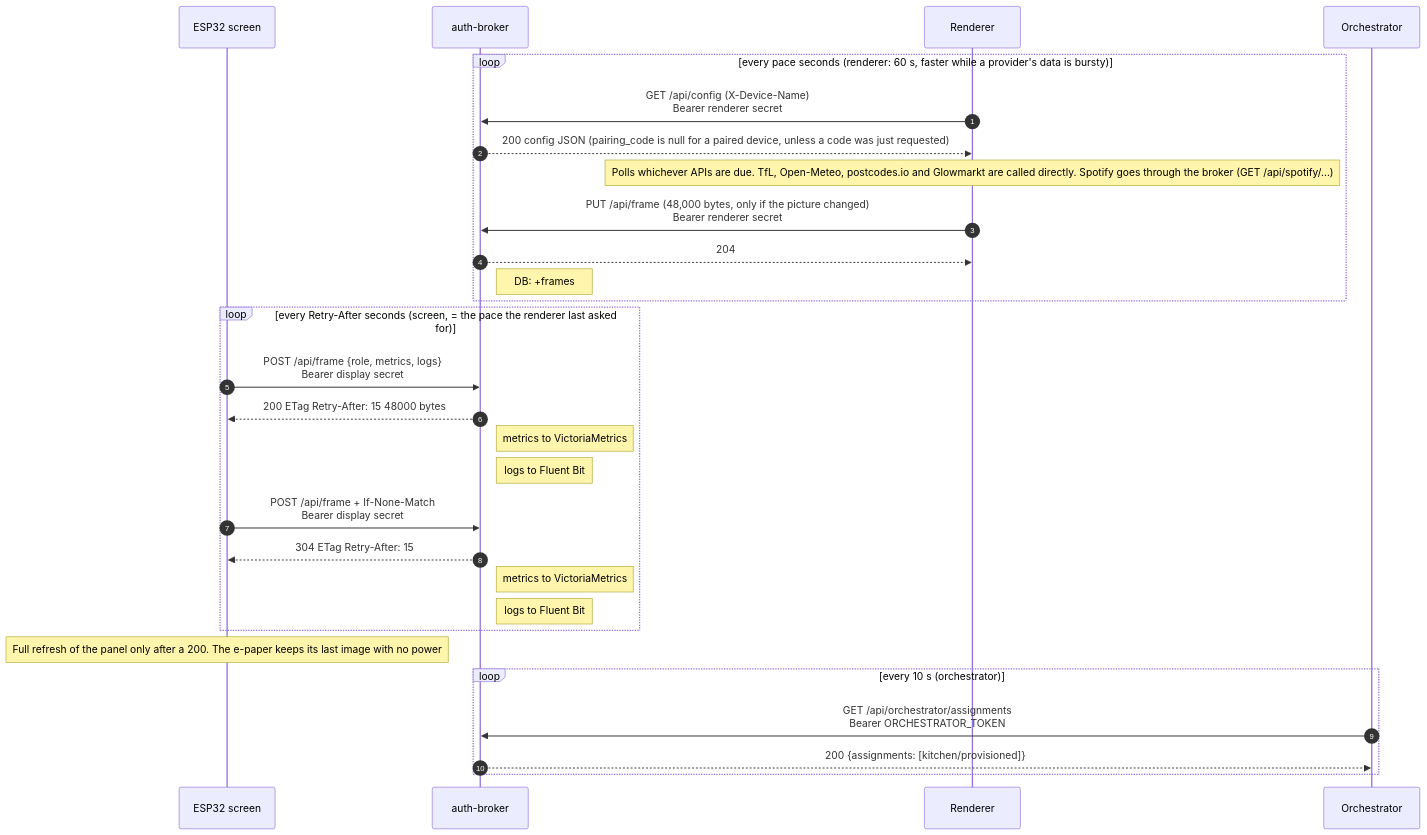
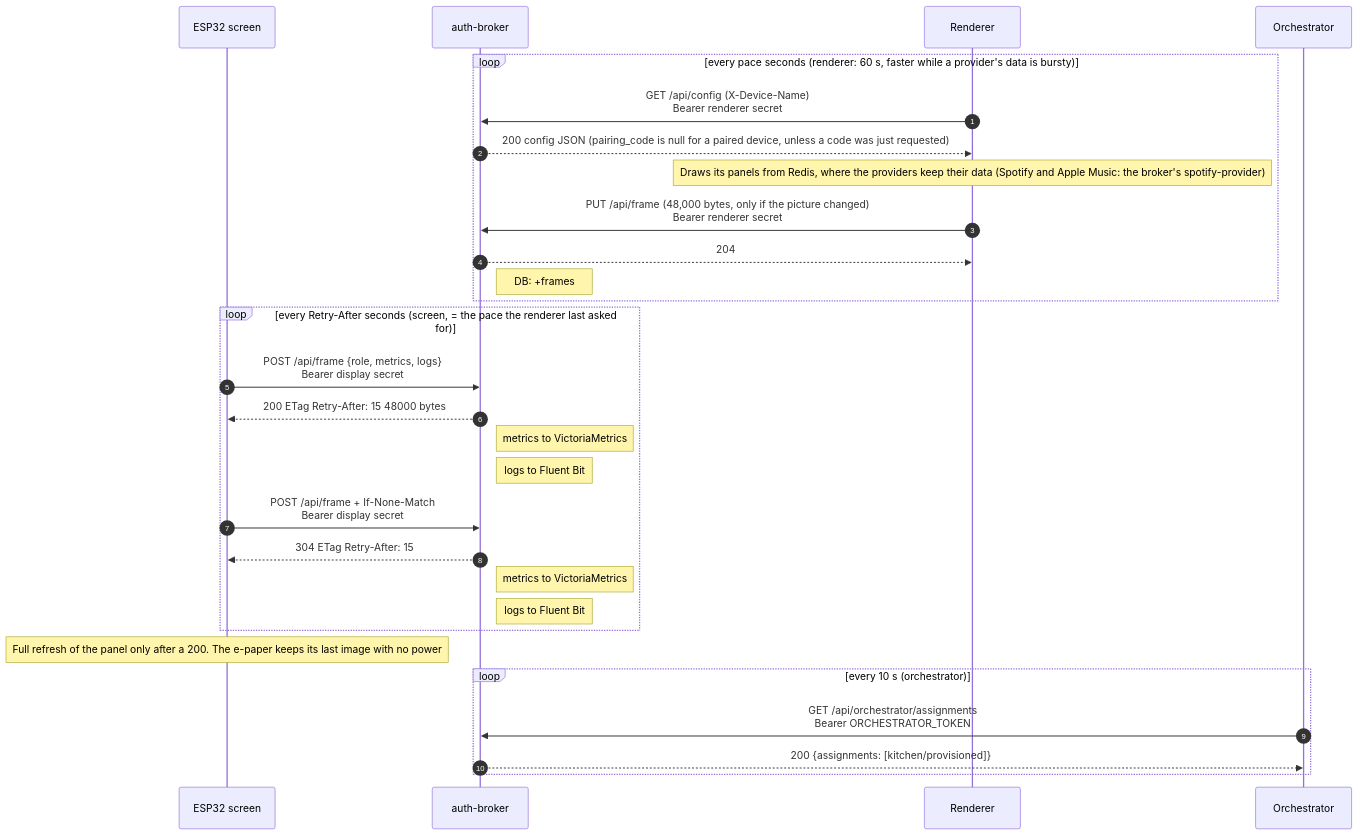
One commit to nvorkinn/auth-broker changed the seventh of 9 diagrams in docs/architecture.md. Above: the diagram before and after it, drawn with Mermaid. The commit also changed other lines of this file and 20 other files, not shown here.

First line of the commit message:
Retire the renderer-facing Spotify and Apple Music routes

````diff
--- a/docs/architecture.md
+++ b/docs/architecture.md
@@ -301,31 +301,31 @@
 ```mermaid
 sequenceDiagram
     autonumber
     participant S as ESP32 screen
     participant B as auth-broker
     participant R as Renderer
     participant O as Orchestrator
     loop every pace seconds (renderer: 60 s, faster while a provider's data is bursty)
         R->>B: GET /api/config (X-Device-Name)<br/>Bearer renderer secret
         B-->>R: 200 config JSON (pairing_code is null for a paired device, unless a code was just requested)
-        Note over R: Polls whichever APIs are due. TfL, Open-Meteo, postcodes.io and Glowmarkt are called directly. Spotify goes through the broker (GET /api/spotify/...)
+        Note over R: Draws its panels from Redis, where the providers keep their data (Spotify and Apple Music: the broker's spotify-provider)
         R->>B: PUT /api/frame (48,000 bytes, only if the picture changed)<br/>Bearer renderer secret
         B-->>R: 204
         Note right of B: DB: +frames
     end
     loop every Retry-After seconds (screen, = the pace the renderer last asked for)
         S->>B: POST /api/frame {role, metrics, logs}<br/>Bearer display secret
         B-->>S: 200 ETag Retry-After: 15 48000 bytes
         Note right of B: metrics to VictoriaMetrics
         Note right of B: logs to Fluent Bit
         S->>B: POST /api/frame + If-None-Match<br/>Bearer display secret
         B-->>S: 304 ETag Retry-After: 15
         Note right of B: metrics to VictoriaMetrics
         Note right of B: logs to Fluent Bit
     end
     Note over S: Full refresh of the panel only after a 200. The e-paper keeps its last image with no power
     loop every 10 s (orchestrator)
         O->>B: GET /api/orchestrator/assignments<br/>Bearer ORCHESTRATOR_TOKEN
         B-->>O: 200 {assignments: [kitchen/provisioned]}
     end
 ```
````
